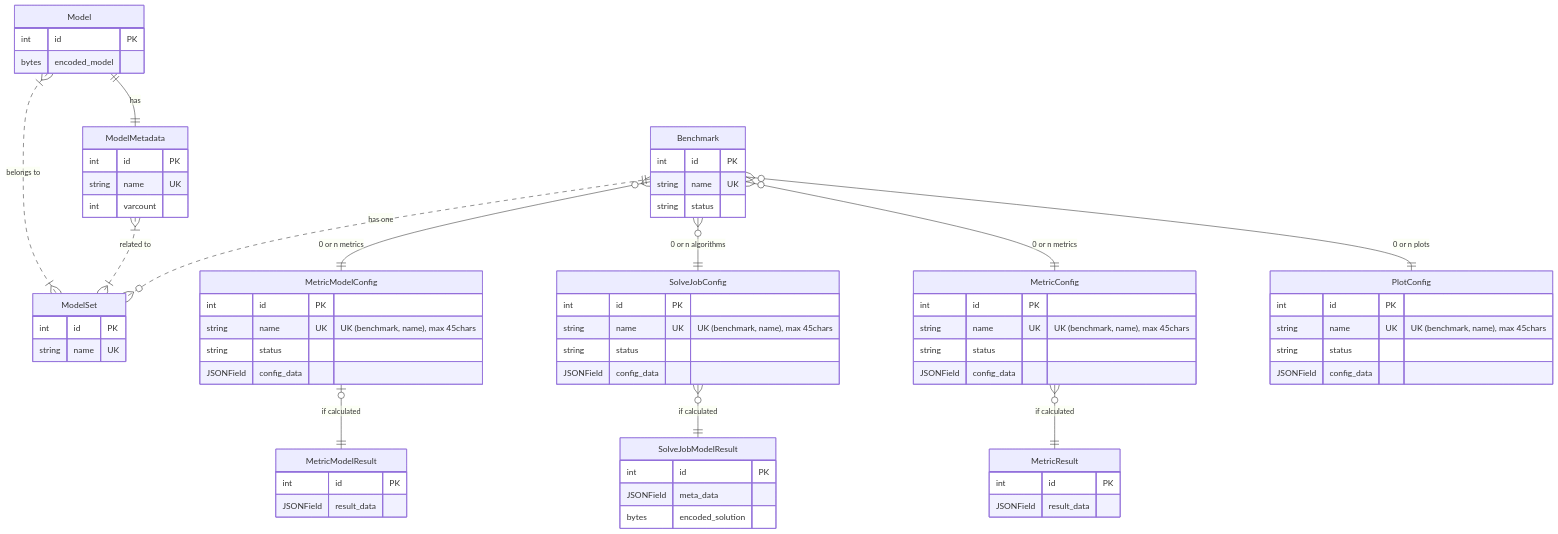
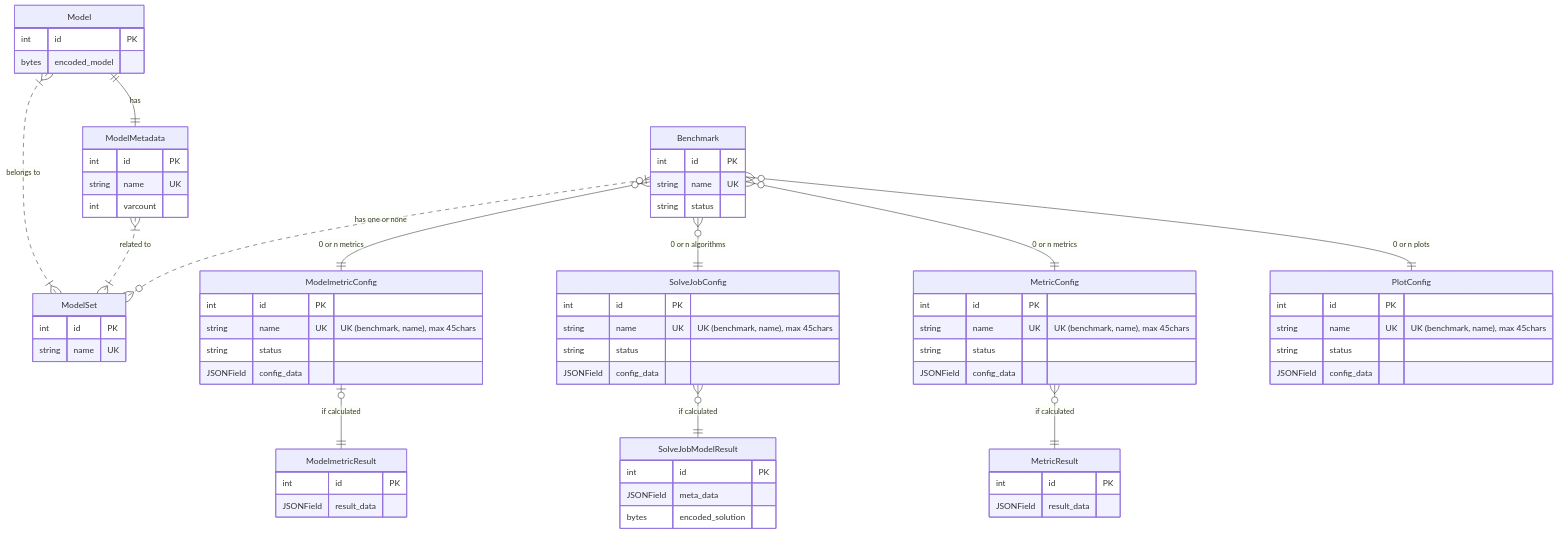
Before and after one commit to aqarios/luna-bench: the diagram in docs/database.md, drawn with Mermaid. The commit also changed 17 other files, not shown here.

Commit message:
refactor domain models and update database schema

````diff
--- a/docs/database.md
+++ b/docs/database.md
@@ -1,82 +1,82 @@
 ```mermaid
 erDiagram
     Model ||--|| ModelMetadata: has
     Model }|..|{ ModelSet: "belongs to"
     ModelMetadata }|..|{ ModelSet: "related to"
-    Benchmark ||..o{ ModelSet: "has one"
-    Benchmark }o--|| MetricModelConfig: "0 or n metrics"
+    Benchmark o|..o{ ModelSet: "has one or none"
+    Benchmark }o--|| ModelmetricConfig: "0 or n metrics"
     Benchmark }o--|| SolveJobConfig: "0 or n algorithms"
     Benchmark }o--|| MetricConfig: "0 or n metrics"
     Benchmark }o--|| PlotConfig: "0 or n plots"
-    MetricModelConfig |o--|| MetricModelResult: "if calculated"
+    ModelmetricConfig |o--|| ModelmetricResult: "if calculated"
     SolveJobConfig }o--|| SolveJobModelResult: "if calculated"
     MetricConfig }o--|| MetricResult: "if calculated"
 
     Model {
         int id PK
         bytes encoded_model
     }
 
     ModelMetadata {
         int id PK
         string name UK
         int varcount
     }
 
     ModelSet {
         int id PK
         string name UK
     }
 
     Benchmark {
         int id PK
         string name UK
         string status
     }
 
-    MetricModelConfig {
+    ModelmetricConfig {
         int id PK
         string name UK "UK (benchmark, name), max 45chars"
         string status
         JSONField config_data
     }
 
-    MetricModelResult {
+    ModelmetricResult {
         int id PK
         JSONField result_data
     }
 
     MetricConfig {
         int id PK
         string name UK "UK (benchmark, name), max 45chars"
         string status
         JSONField config_data
     }
 
     MetricResult {
         int id PK
         JSONField result_data
     }
 
     SolveJobConfig {
         int id PK
         string name UK "UK (benchmark, name), max 45chars"
         string status
         JSONField config_data
     }
 
     SolveJobModelResult {
         int id PK
         JSONField meta_data
         bytes encoded_solution
     }
 
     PlotConfig {
         int id PK
         string name UK "UK (benchmark, name), max 45chars"
         string status
         JSONField config_data
     }
 
 
 ```
````
